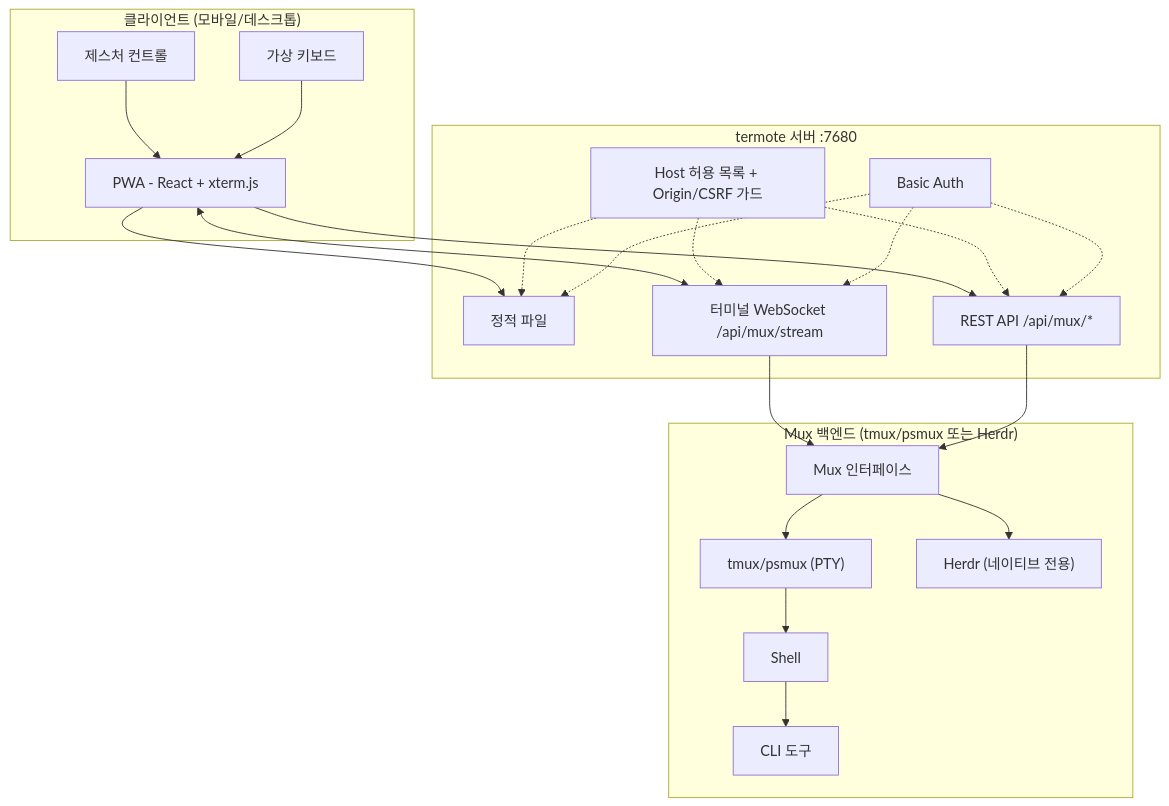
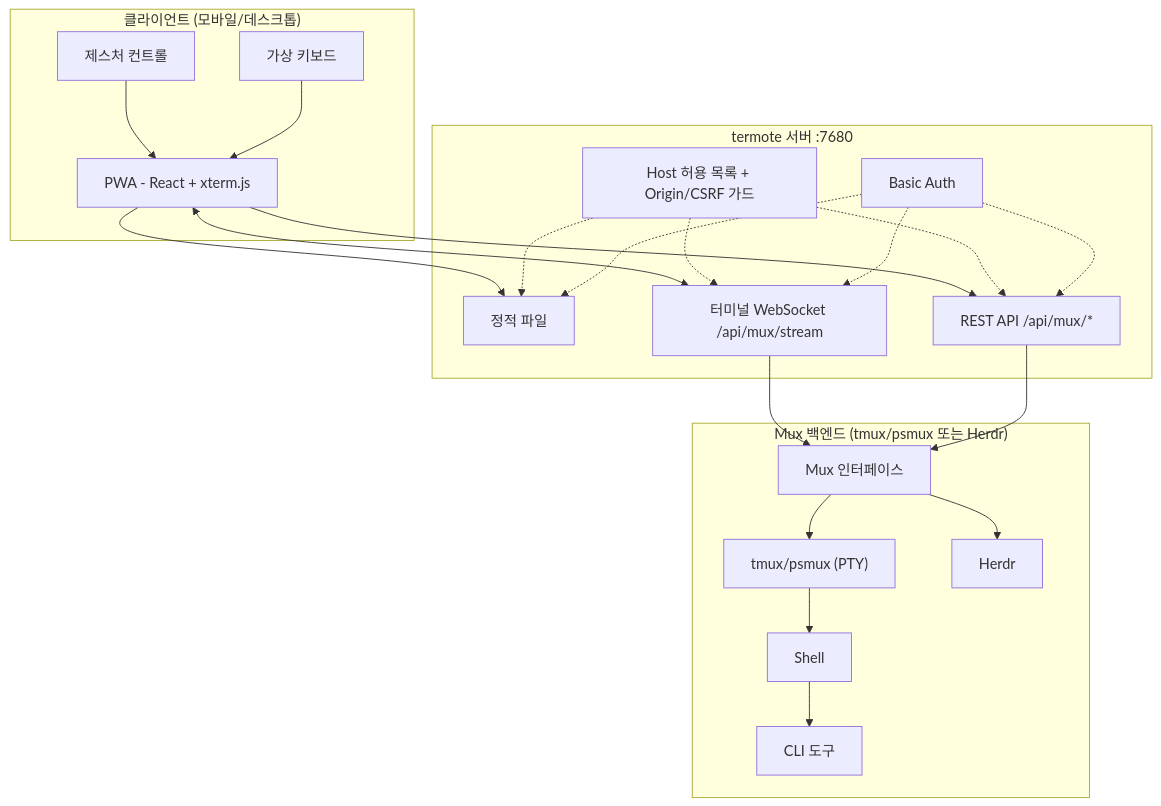
One commit to lamngockhuong/termote changed the first of 2 diagrams in README.ko.md. Above: the diagram before and after it, drawn with Mermaid. The commit also changed other lines of this file and 36 other files, not shown here.

````diff
--- a/README.ko.md
+++ b/README.ko.md
@@ -63,36 +63,36 @@
 ```mermaid
 flowchart TB
     subgraph Client["클라이언트 (모바일/데스크톱)"]
         PWA["PWA - React + xterm.js"]
         Gestures["제스처 컨트롤"]
         Keyboard["가상 키보드"]
     end
 
     subgraph Server["termote 서버 :7680"]
         Static["정적 파일"]
         Stream["터미널 WebSocket /api/mux/stream"]
         API["REST API /api/mux/*"]
         Guard["Host 허용 목록 + Origin/CSRF 가드"]
         Auth["Basic Auth"]
     end
 
     subgraph Backend["Mux 백엔드 (tmux/psmux 또는 Herdr)"]
         Mux["Mux 인터페이스"]
         tmux["tmux/psmux (PTY)"]
-        herdr["Herdr (네이티브 전용)"]
+        herdr["Herdr"]
         Shell["Shell"]
         Tools["CLI 도구"]
     end
 
     Gestures --> PWA
     Keyboard --> PWA
     PWA --> Static
     PWA <--> Stream
     PWA --> API
     Guard -.-> Static & Stream & API
     Auth -.-> Static & Stream & API
     Stream --> Mux
     API --> Mux
     Mux --> tmux & herdr
     tmux --> Shell --> Tools
 ```
````
